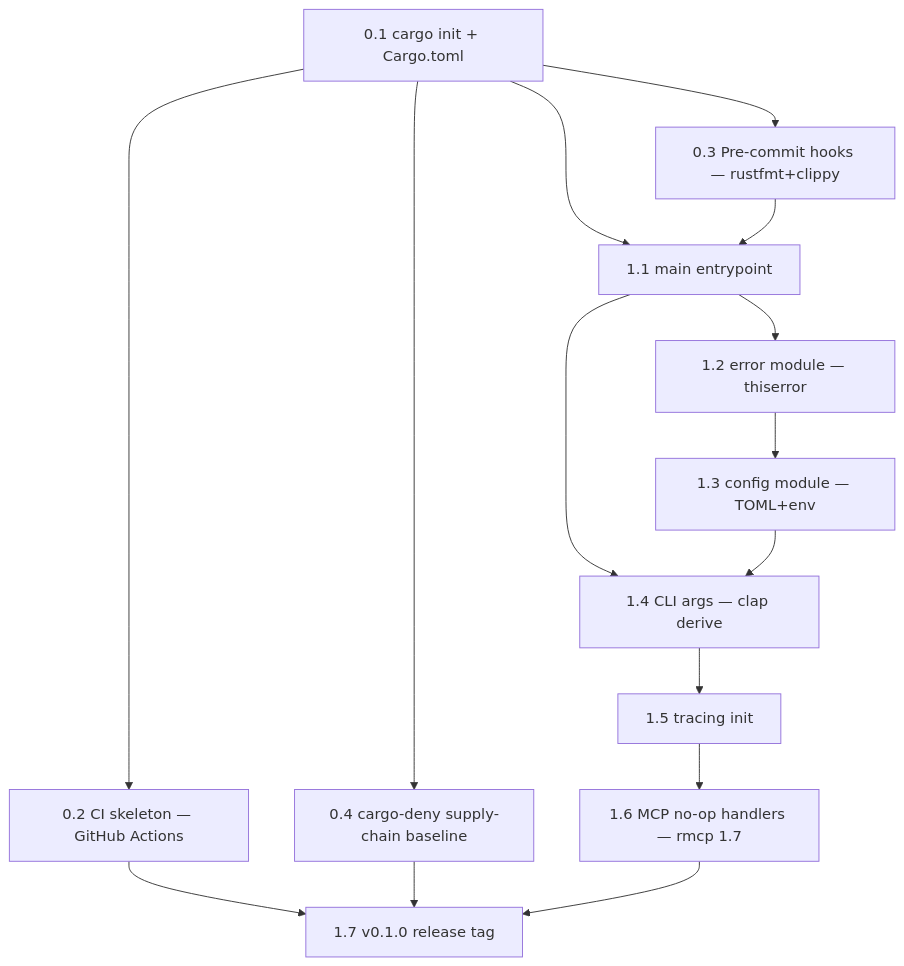
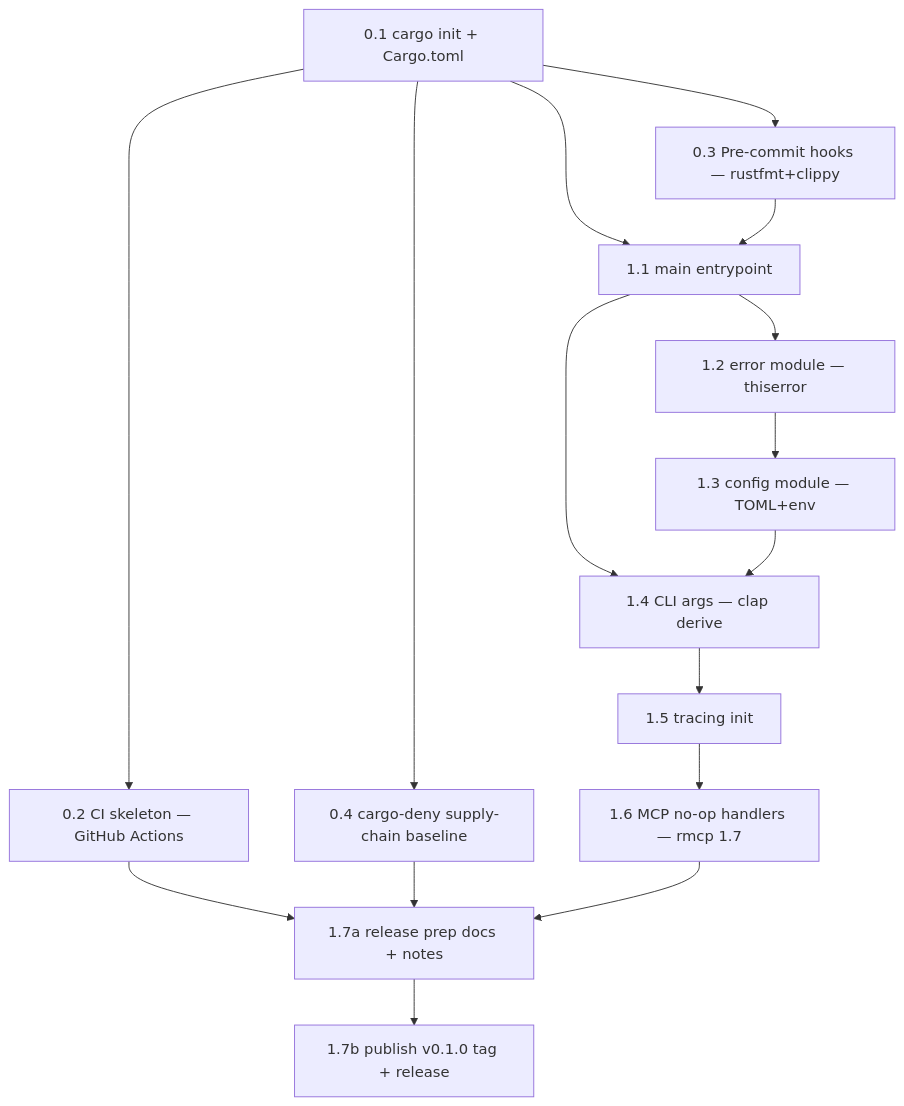
Before and after one commit to MachineLearning-Nerd/vektor: the second of 2 diagrams in docs/plans/initial/DEPENDENCIES.md, drawn with Mermaid. The commit also changed other lines of this file and 33 other files, not shown here.

````diff
--- a/docs/plans/initial/DEPENDENCIES.md
+++ b/docs/plans/initial/DEPENDENCIES.md
@@ -47,33 +47,35 @@
 ```mermaid
 graph TD
     %% Phase 0
     P0_1[0.1 cargo init + Cargo.toml]
     P0_2[0.2 CI skeleton — GitHub Actions]
     P0_3[0.3 Pre-commit hooks — rustfmt+clippy]
     P0_4[0.4 cargo-deny supply-chain baseline]
 
     %% Phase 1
     P1_1[1.1 main entrypoint]
     P1_2[1.2 error module — thiserror]
     P1_3[1.3 config module — TOML+env]
     P1_4[1.4 CLI args — clap derive]
     P1_5[1.5 tracing init]
     P1_6[1.6 MCP no-op handlers — rmcp 1.7]
-    P1_7[1.7 v0.1.0 release tag]
+    P1_7A[1.7a release prep docs + notes]
+    P1_7B[1.7b publish v0.1.0 tag + release]
 
     P0_1 --> P0_2
     P0_1 --> P0_3
     P0_1 --> P0_4
     P0_1 --> P1_1
-    P0_2 --> P1_7
+    P0_2 --> P1_7A
     P0_3 --> P1_1
-    P0_4 --> P1_7
+    P0_4 --> P1_7A
 
     P1_1 --> P1_2
     P1_1 --> P1_4
     P1_2 --> P1_3
     P1_3 --> P1_4
     P1_4 --> P1_5
     P1_5 --> P1_6
-    P1_6 --> P1_7
+    P1_6 --> P1_7A
+    P1_7A --> P1_7B
 ```
````
